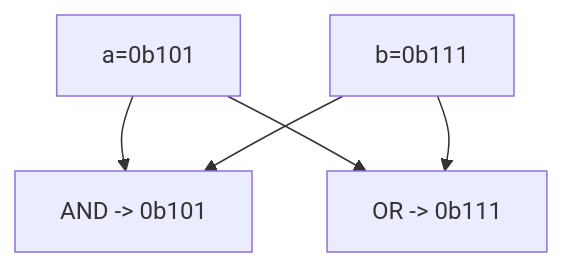
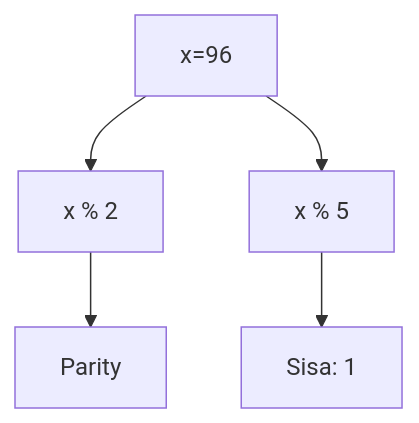
Before and after one commit to amnahwaida/OSNK_INF_PREP: the ninth of 25 diagrams in part-c-pemahaman-cpp/06-bitwise/latihan/set-12.md, drawn with Mermaid. The commit also changed other lines of this file and 71 other files, not shown here.

````diff
--- a/part-c-pemahaman-cpp/06-bitwise/latihan/set-12.md
+++ b/part-c-pemahaman-cpp/06-bitwise/latihan/set-12.md
@@ -246,7 +267,7 @@
 ```mermaid
 graph TD
-    A["a=0b101"] --> C["AND -> 0b101"]
-    B["b=0b111"] --> C
-    A --> D["OR  -> 0b111"]
-    B --> D
+A[x=96] --> B[x % 2]
+B --> C[Parity]
+A --> D[x % 5]
+D --> E[Sisa: 1]
 ```
````
